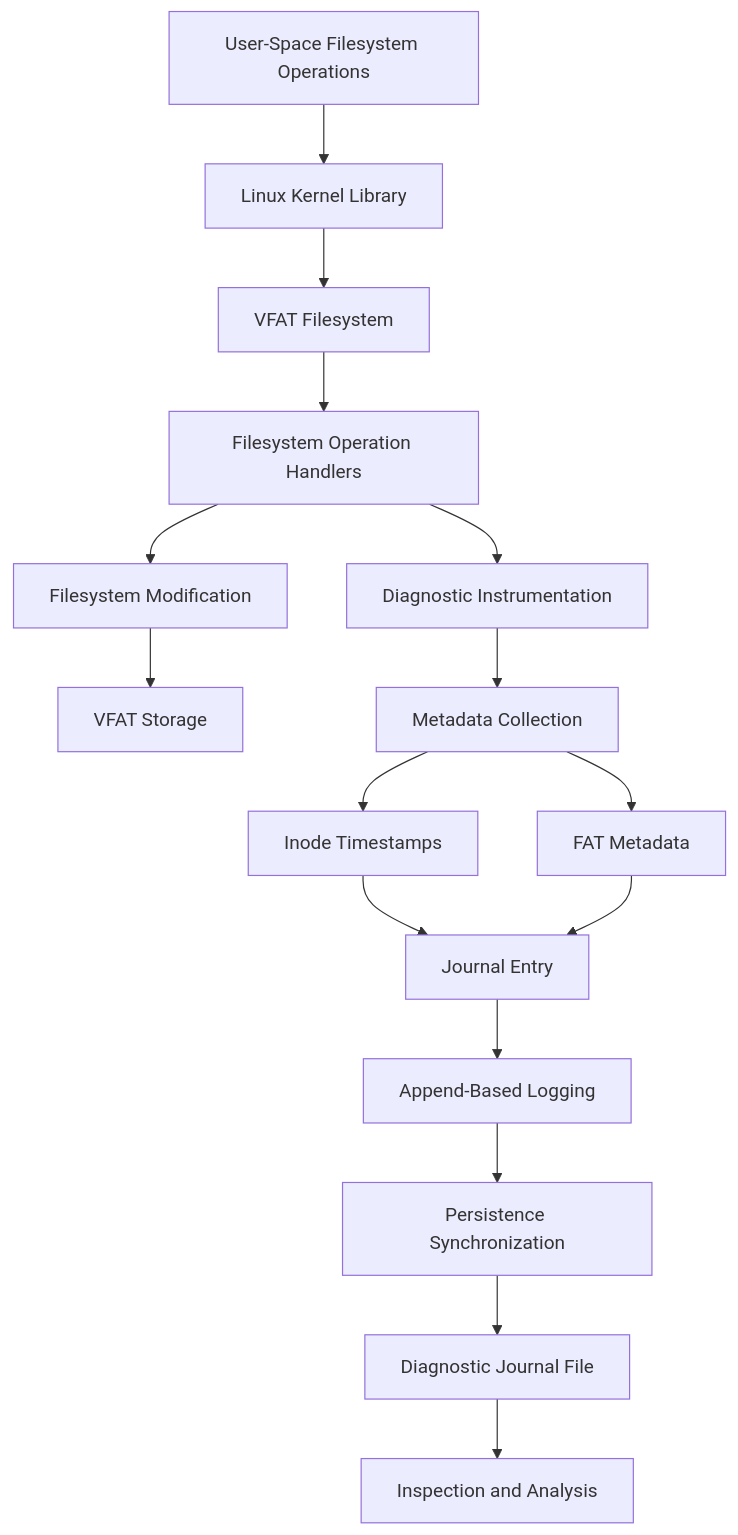
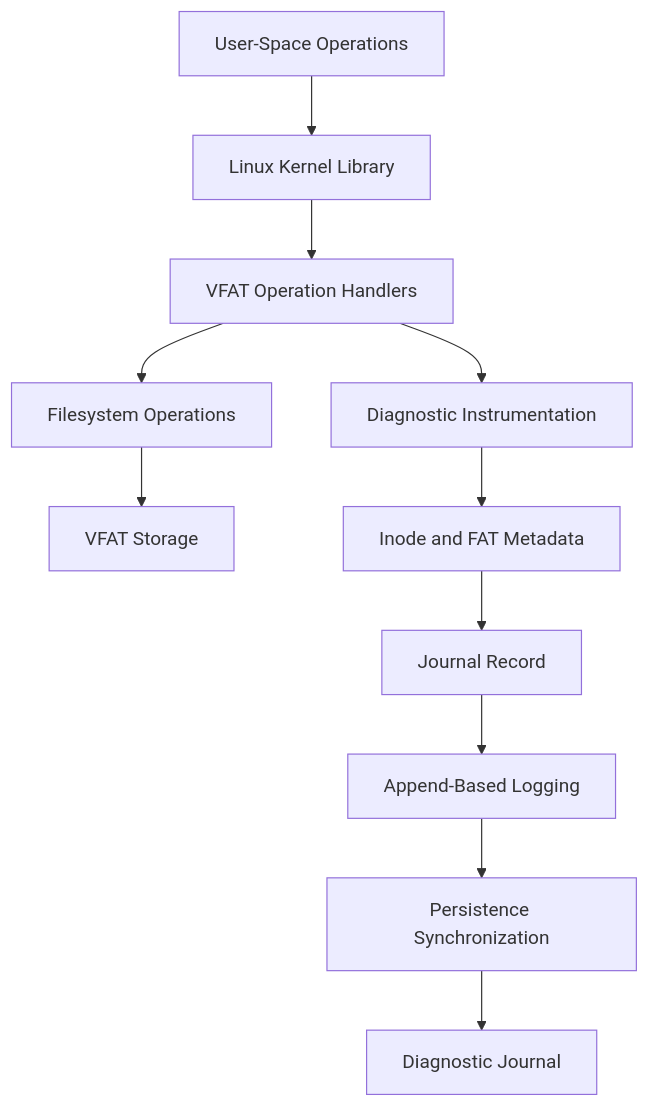
The diagram in README.md (ChristosGkovaris/Log-File-Implementation-in-the-VFAT-File-System-of-Linux), drawn with Mermaid before and after one commit. The commit also changed other lines of this file, not shown here.

````diff
--- a/README.md
+++ b/README.md
@@ -69,24 +60,16 @@
 ```mermaid
 flowchart TD
-    A["User-Space Filesystem Operations"] --> B["Linux Kernel Library"]
-    B --> C["VFAT Filesystem"]
+    A["User-Space Operations"] --> B["Linux Kernel Library"]
+    B --> C["VFAT Operation Handlers"]
 
-    C --> D["Filesystem Operation Handlers"]
-    D --> E["Filesystem Modification"]
-    D --> F["Diagnostic Instrumentation"]
+    C --> D["Filesystem Operations"]
+    C --> E["Diagnostic Instrumentation"]
 
-    E --> G["VFAT Storage"]
+    D --> F["VFAT Storage"]
 
-    F --> H["Metadata Collection"]
-    H --> I["Inode Timestamps"]
-    H --> J["FAT Metadata"]
-
-    I --> K["Journal Entry"]
-    J --> K
-
-    K --> L["Append-Based Logging"]
-    L --> M["Persistence Synchronization"]
-    M --> N["Diagnostic Journal File"]
-
-    N --> O["Inspection and Analysis"]
+    E --> G["Inode and FAT Metadata"]
+    G --> H["Journal Record"]
+    H --> I["Append-Based Logging"]
+    I --> J["Persistence Synchronization"]
+    J --> K["Diagnostic Journal"]
 ```
````
